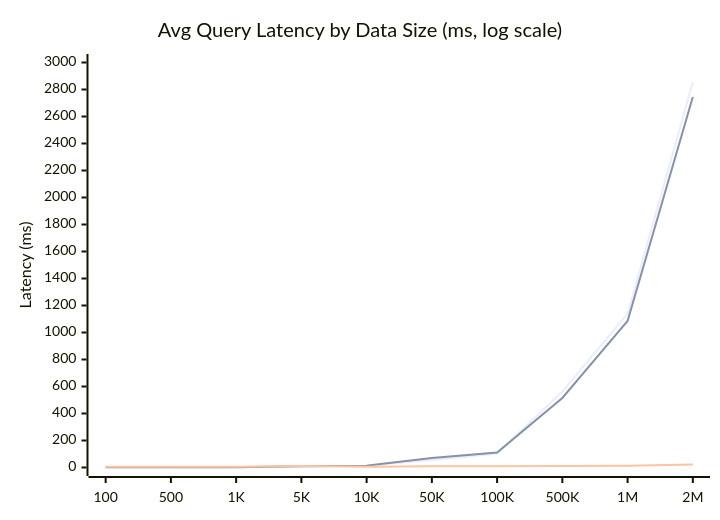
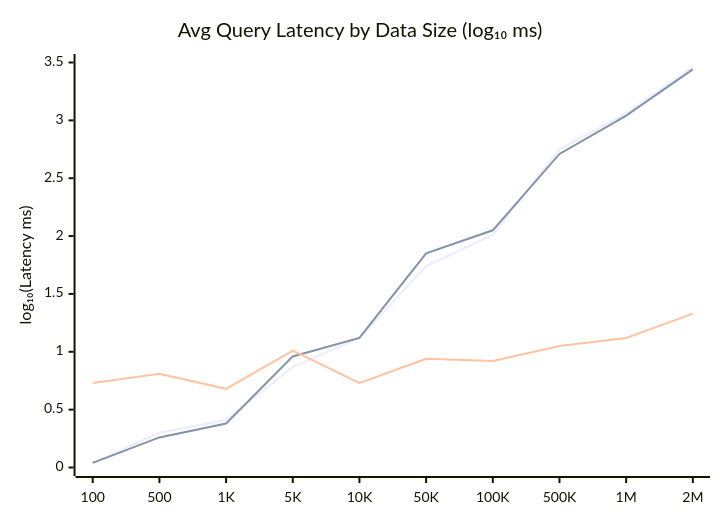
The second of 2 diagrams in README.md (mrityunjaysharma/mongo-flux), drawn with Mermaid before and after one commit. The commit also changed other lines of this file, not shown here.

````diff
--- a/README.md
+++ b/README.md
@@ -43,9 +43,9 @@
 ```mermaid
 xychart-beta
-    title "Avg Query Latency by Data Size (ms, log scale)"
+    title "Avg Query Latency by Data Size (log₁₀ ms)"
     x-axis ["100", "500", "1K", "5K", "10K", "50K", "100K", "500K", "1M", "2M"]
-    y-axis "Latency (ms)" 0 --> 3000
-    line [1.1, 2.0, 2.6, 7.4, 13.3, 55.4, 102.1, 562.6, 1139.4, 2853.5]
-    line [1.1, 1.8, 2.4, 9.2, 13.2, 70.6, 111.6, 515.2, 1085.4, 2744.7]
-    line [5.4, 6.4, 4.8, 10.3, 5.4, 8.7, 8.4, 11.2, 13.1, 21.5]
+    y-axis "log₁₀(Latency ms)" 0 --> 3.5
+    line [0.04, 0.30, 0.41, 0.87, 1.12, 1.74, 2.01, 2.75, 3.06, 3.46]
+    line [0.04, 0.26, 0.38, 0.96, 1.12, 1.85, 2.05, 2.71, 3.04, 3.44]
+    line [0.73, 0.81, 0.68, 1.01, 0.73, 0.94, 0.92, 1.05, 1.12, 1.33]
 ```
````
